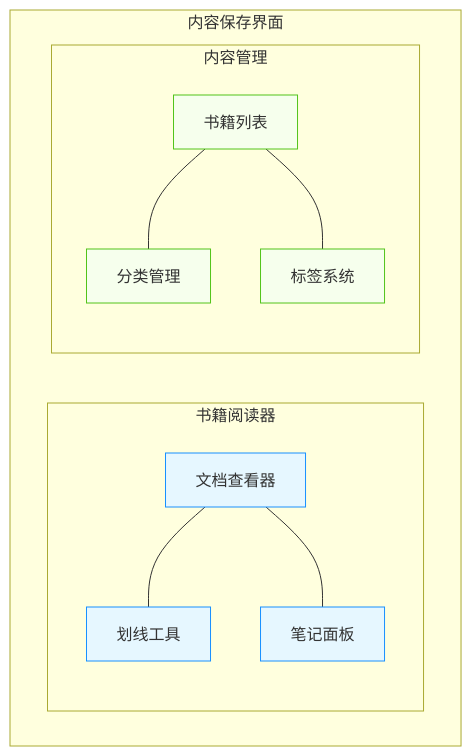
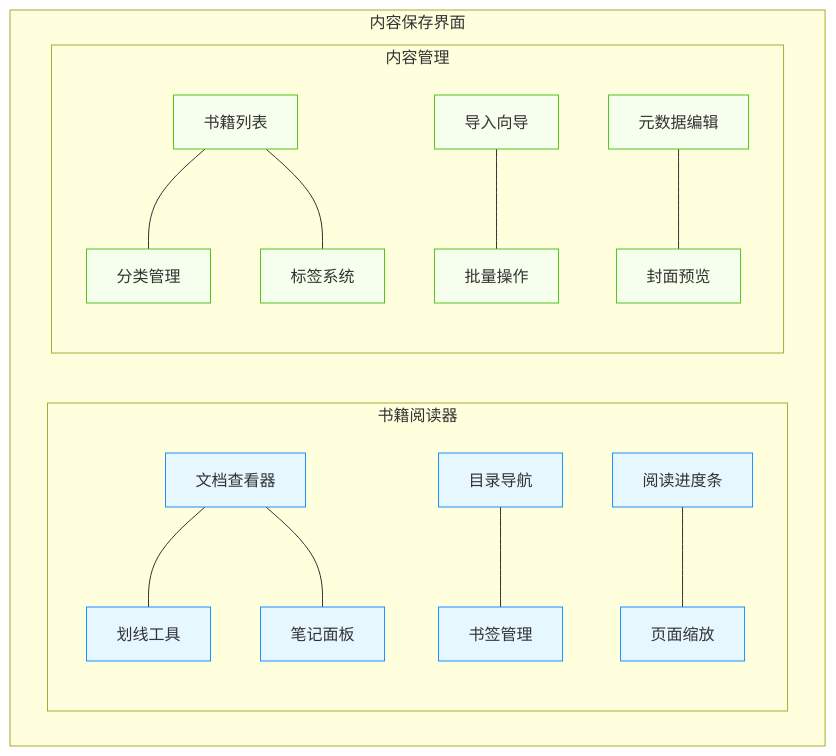
Before and after one commit to EnigmaWU/MyLLM_Arena: diagram 13 of 19 in MyStartups/NextBook/README.md, drawn with Mermaid. The commit also changed other lines of this file, not shown here.

````diff
--- a/MyStartups/NextBook/README.md
+++ b/MyStartups/NextBook/README.md
@@ -568,22 +682,26 @@
 ```mermaid
 graph TD
     subgraph "内容保存界面"
         direction LR
         
         subgraph "书籍阅读器"
             R1[文档查看器] --- R2[划线工具]
             R1 --- R3[笔记面板]
+            R4[目录导航] --- R5[书签管理]
+            R6[阅读进度条] --- R7[页面缩放]
         end
         
         subgraph "内容管理"
             M1[书籍列表] --- M2[分类管理]
             M1 --- M3[标签系统]
+            M4[导入向导] --- M5[批量操作]
+            M6[元数据编辑] --- M7[封面预览]
         end
     end
     
     classDef reader fill:#e6f7ff,stroke:#1890ff
     classDef manager fill:#f6ffed,stroke:#52c41a
     
-    class R1,R2,R3 reader
-    class M1,M2,M3 manager
+    class R1,R2,R3,R4,R5,R6,R7 reader
+    class M1,M2,M3,M4,M5,M6,M7 manager
 ```
````
